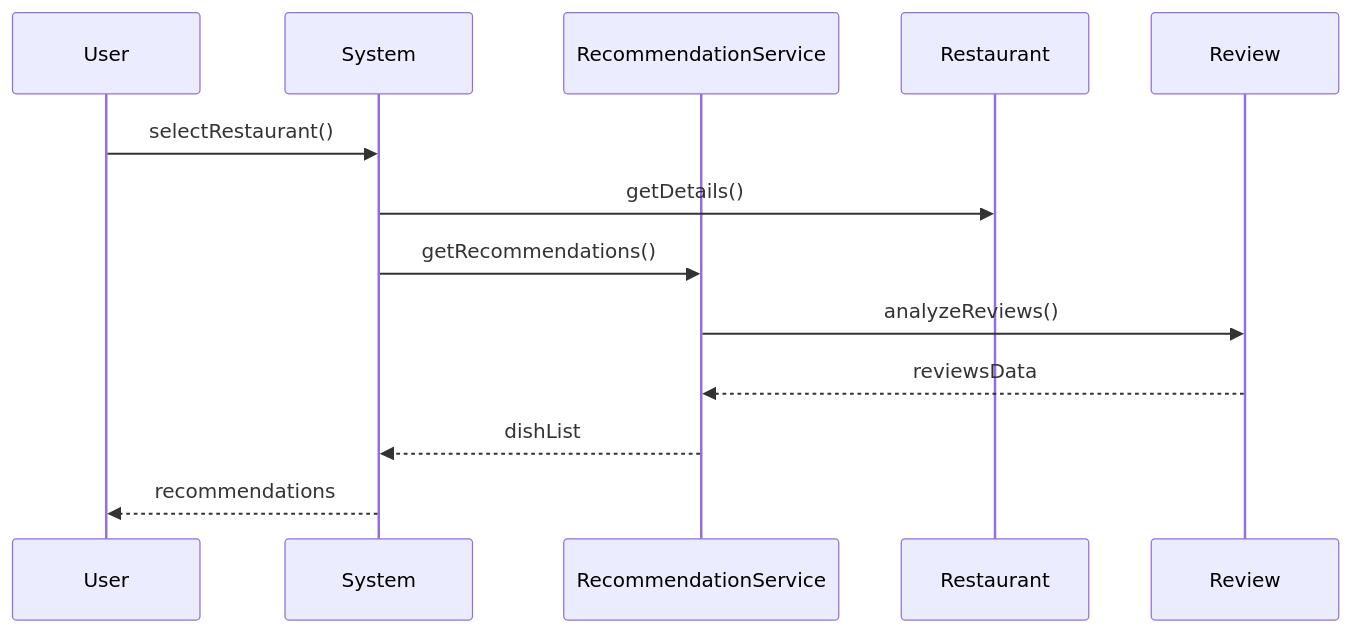
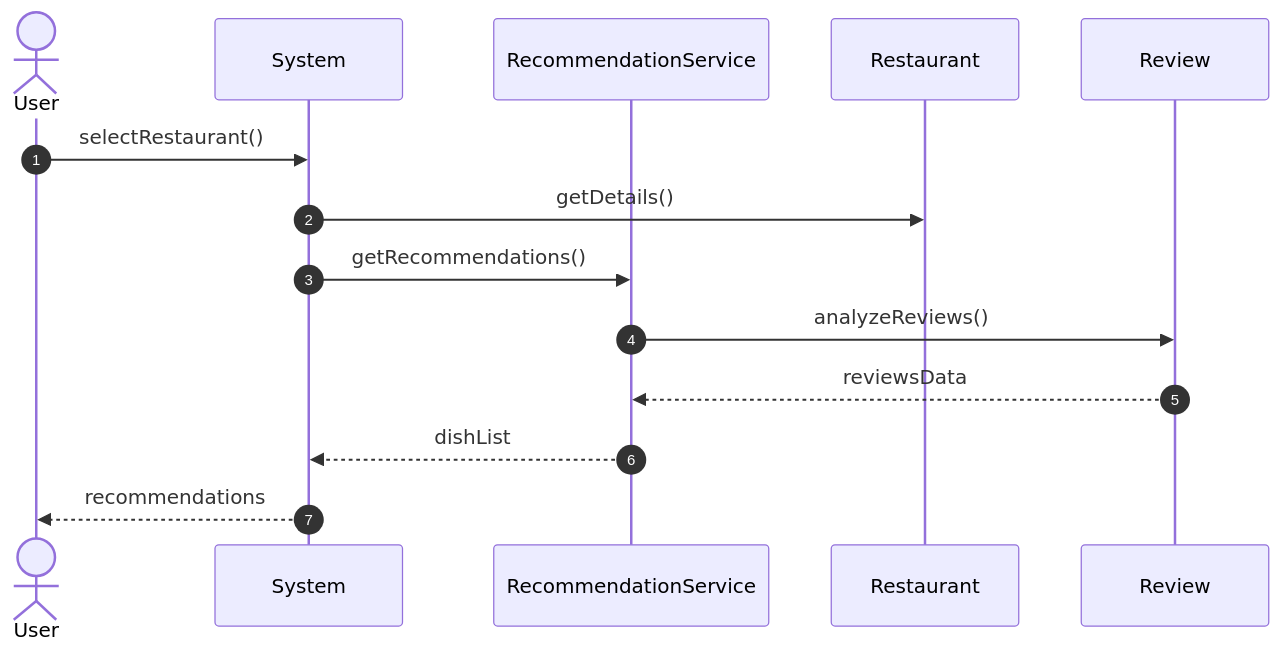
The third of 3 diagrams in README.md (kyryloomelianenko/uml-lab2), drawn with Mermaid before and after one commit.

Commit message:
Change participant to actor in sequence diagram

````diff
--- a/README.md
+++ b/README.md
@@ -99,20 +99,21 @@
 ```mermaid
 sequenceDiagram
+autonumber
 
-participant User
+actor User
 participant System
 participant RecommendationService
 participant Restaurant
 participant Review
 
 User ->> System: selectRestaurant()
 System ->> Restaurant: getDetails()
 
 System ->> RecommendationService: getRecommendations()
 
 RecommendationService ->> Review: analyzeReviews()
 Review -->> RecommendationService: reviewsData
 
 RecommendationService -->> System: dishList
 System -->> User: recommendations
 ```
````
